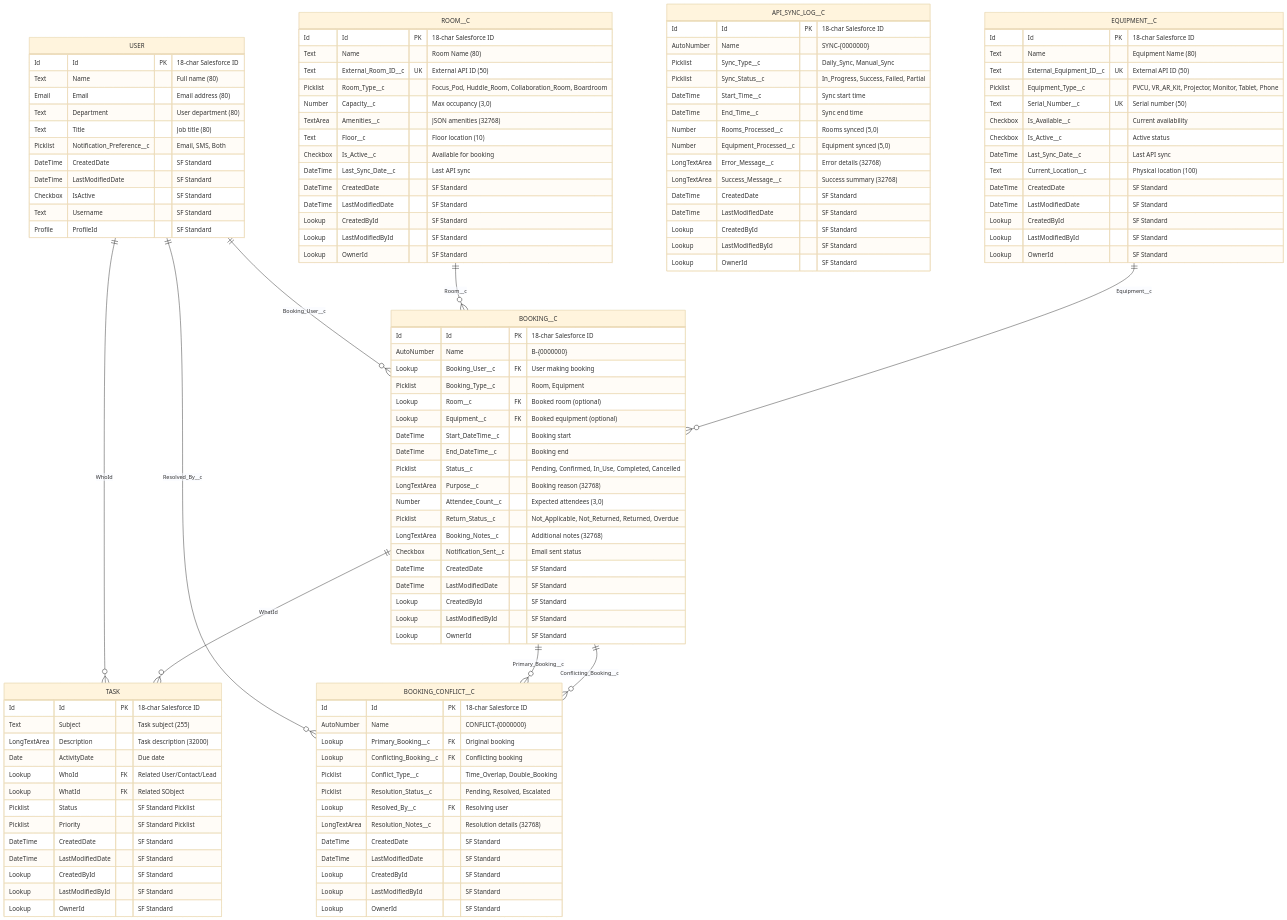
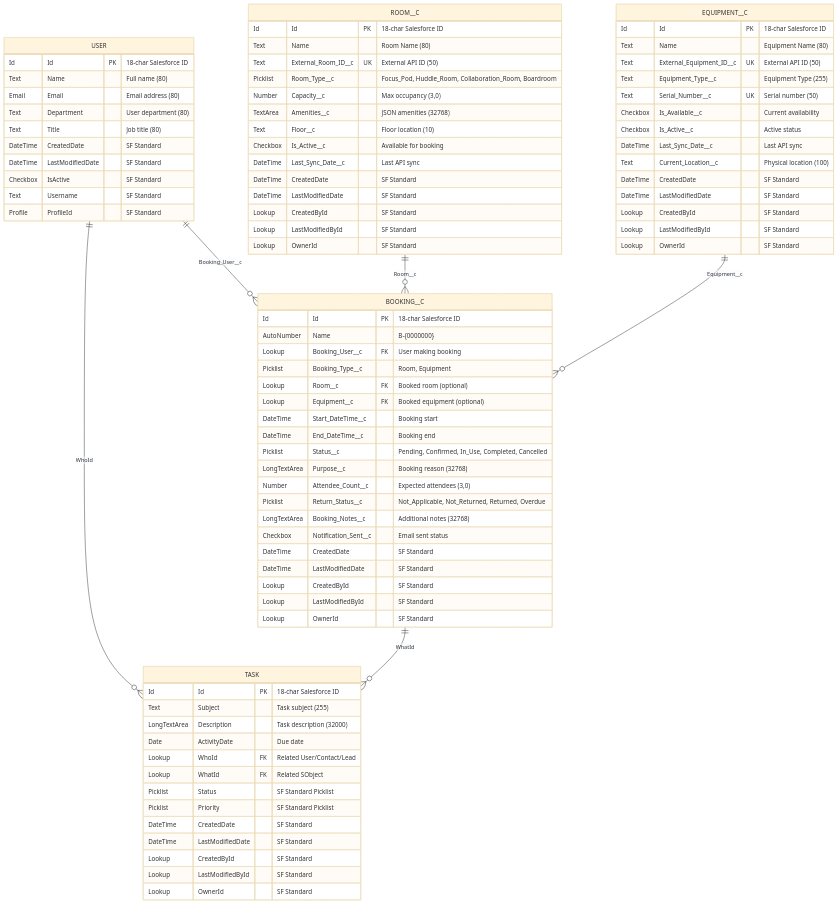
One commit to shawon39/SF-Hackathon changed the diagram in features/er-diagram.md. Above: the diagram before and after it, drawn with Mermaid (base theme). The commit also changed other lines of this file and 2 other files, not shown here.

````diff
--- a/features/er-diagram.md
+++ b/features/er-diagram.md
@@ -5,6 +5,6 @@
 ```mermaid
 erDiagram
-    %% Custom Objects with Salesforce Standard Fields
+    %% Custom Objects with Salesforce Standard Fields (IMPLEMENTED)
     
     ROOM__C {
         Id Id PK "18-char Salesforce ID"
@@ -27,7 +27,7 @@
         Id Id PK "18-char Salesforce ID"
         Text Name "Equipment Name (80)"
         Text External_Equipment_ID__c UK "External API ID (50)"
-        Picklist Equipment_Type__c "PVCU, VR_AR_Kit, Projector, Monitor, Tablet, Phone"
+        Text Equipment_Type__c "Equipment Type (255)"
         Text Serial_Number__c UK "Serial number (50)"
         Checkbox Is_Available__c "Current availability"
         Checkbox Is_Active__c "Active status"
@@ -62,40 +62,6 @@
         Lookup OwnerId "SF Standard"
     }
     
-    API_SYNC_LOG__C {
-        Id Id PK "18-char Salesforce ID"
-        AutoNumber Name "SYNC-{0000000}"
-        Picklist Sync_Type__c "Daily_Sync, Manual_Sync"
-        Picklist Sync_Status__c "In_Progress, Success, Failed, Partial"
-        DateTime Start_Time__c "Sync start time"
-        DateTime End_Time__c "Sync end time"
-        Number Rooms_Processed__c "Rooms synced (5,0)"
-        Number Equipment_Processed__c "Equipment synced (5,0)"
-        LongTextArea Error_Message__c "Error details (32768)"
-        LongTextArea Success_Message__c "Success summary (32768)"
-        DateTime CreatedDate "SF Standard"
-        DateTime LastModifiedDate "SF Standard"
-        Lookup CreatedById "SF Standard"
-        Lookup LastModifiedById "SF Standard"
-        Lookup OwnerId "SF Standard"
-    }
-    
-    BOOKING_CONFLICT__C {
-        Id Id PK "18-char Salesforce ID"
-        AutoNumber Name "CONFLICT-{0000000}"
-        Lookup Primary_Booking__c FK "Original booking"
-        Lookup Conflicting_Booking__c FK "Conflicting booking"
-        Picklist Conflict_Type__c "Time_Overlap, Double_Booking"
-        Picklist Resolution_Status__c "Pending, Resolved, Escalated"
-        Lookup Resolved_By__c FK "Resolving user"
-        LongTextArea Resolution_Notes__c "Resolution details (32768)"
-        DateTime CreatedDate "SF Standard"
-        DateTime LastModifiedDate "SF Standard"
-        Lookup CreatedById "SF Standard"
-        Lookup LastModifiedById "SF Standard"
-        Lookup OwnerId "SF Standard"
-    }
-    
     %% Standard Salesforce Objects
     
     USER {
@@ -104,7 +70,6 @@
         Email Email "Email address (80)"
         Text Department "User department (80)"
         Text Title "Job title (80)"
-        Picklist Notification_Preference__c "Email, SMS, Both"
         DateTime CreatedDate "SF Standard"
         DateTime LastModifiedDate "SF Standard"
         Checkbox IsActive "SF Standard"
@@ -128,16 +93,13 @@
         Lookup OwnerId "SF Standard"
     }
     
-    %% Salesforce Relationships
+    %% Salesforce Relationships (IMPLEMENTED)
     
     %% User to Booking (One-to-Many Lookup)
     USER ||--o{ BOOKING__C : "Booking_User__c"
     
     %% User to Task (One-to-Many Lookup)
     USER ||--o{ TASK : "WhoId"
-    
-    %% User to Booking Conflict (One-to-Many Lookup)
-    USER ||--o{ BOOKING_CONFLICT__C : "Resolved_By__c"
     
     %% Room to Booking (One-to-Many Lookup)
     ROOM__C ||--o{ BOOKING__C : "Room__c"
@@ -147,8 +109,4 @@
     
     %% Booking to Task (One-to-Many Lookup)
     BOOKING__C ||--o{ TASK : "WhatId"
-    
-    %% Booking to Booking Conflict (One-to-Many Lookup)
-    BOOKING__C ||--o{ BOOKING_CONFLICT__C : "Primary_Booking__c"
-    BOOKING__C ||--o{ BOOKING_CONFLICT__C : "Conflicting_Booking__c"
 ```
````
